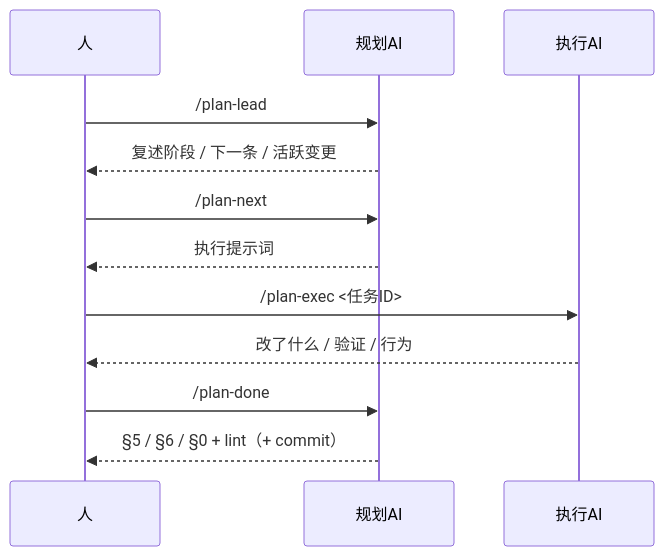
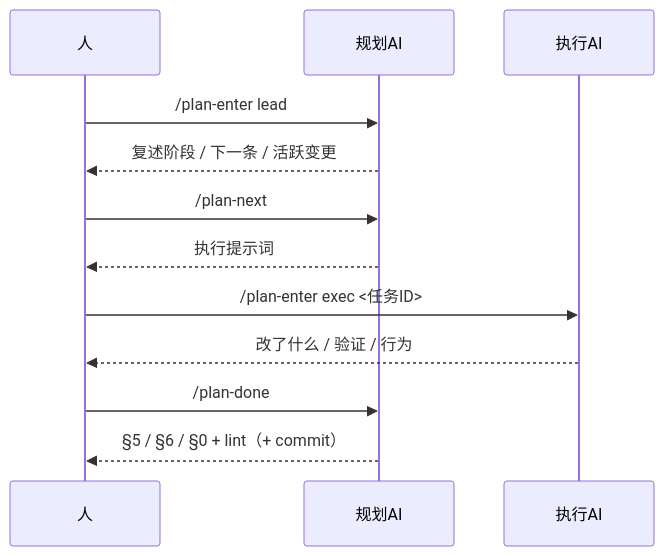
The second of 3 diagrams in 个人/AI工具集/261029AI工具集规划.md (Siaiai/ObsidianNote), drawn with Mermaid before and after one commit. The commit also changed other lines of this file and 1 other file, not shown here.

````diff
--- a/个人/AI工具集/261029AI工具集规划.md
+++ b/个人/AI工具集/261029AI工具集规划.md
@@ -140,14 +130,14 @@
 ```mermaid
 sequenceDiagram
     participant 人
     participant L as 规划AI
     participant E as 执行AI
-    人->>L: /plan-lead
+    人->>L: /plan-enter lead
     L-->>人: 复述阶段 / 下一条 / 活跃变更
     人->>L: /plan-next
     L-->>人: 执行提示词
-    人->>E: /plan-exec <任务ID>
+    人->>E: /plan-enter exec <任务ID>
     E-->>人: 改了什么 / 验证 / 行为
     人->>L: /plan-done
     L-->>人: §5 / §6 / §0 + lint（+ commit）
 ```
````
